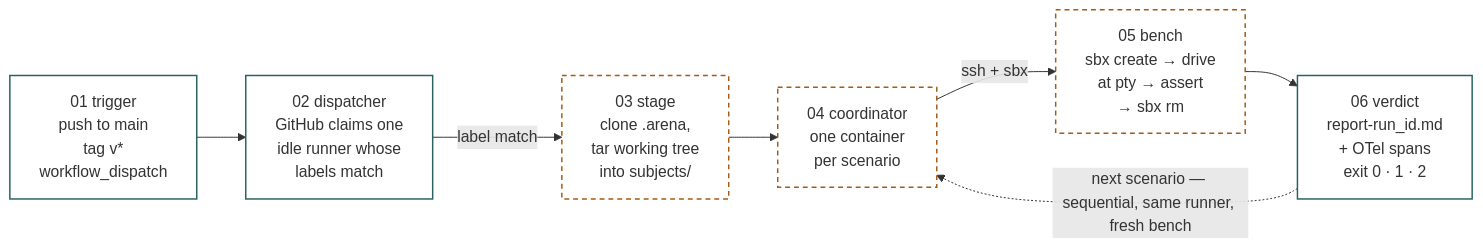
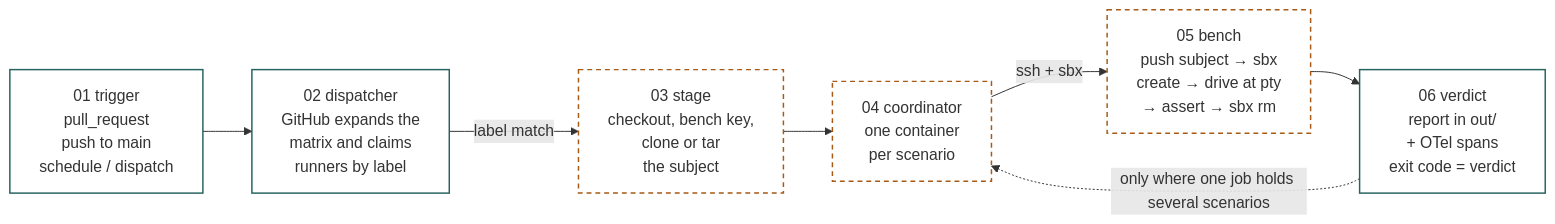
Before and after one commit to agent-realm/gentar: the third of 4 diagrams in docs/scope-map.md, drawn with Mermaid. The commit also changed other lines of this file and 1 other file, not shown here.

First line of the commit message:
docs: scope map — correct four claims found in review

````diff
--- a/docs/scope-map.md
+++ b/docs/scope-map.md
@@ -131,17 +161,17 @@
 ```mermaid
 flowchart LR
-  S1["01 trigger<br/>push to main<br/>tag v*<br/>workflow_dispatch"]
-  S2["02 dispatcher<br/>GitHub claims one<br/>idle runner whose<br/>labels match"]
-  S3["03 stage<br/>clone .arena,<br/>tar working tree<br/>into subjects/"]
+  S1["01 trigger<br/>pull_request<br/>push to main<br/>schedule / dispatch"]
+  S2["02 dispatcher<br/>GitHub expands the<br/>matrix and claims<br/>runners by label"]
+  S3["03 stage<br/>checkout, bench key,<br/>clone or tar<br/>the subject"]
   S4["04 coordinator<br/>one container<br/>per scenario"]
-  S5["05 bench<br/>sbx create → drive<br/>at pty → assert<br/>→ sbx rm"]
-  S6["06 verdict<br/>report-run_id.md<br/>+ OTel spans<br/>exit 0 · 1 · 2"]
+  S5["05 bench<br/>push subject → sbx<br/>create → drive at pty<br/>→ assert → sbx rm"]
+  S6["06 verdict<br/>report in out/<br/>+ OTel spans<br/>exit code = verdict"]
 
   S1 --> S2 -->|"label match"| S3 --> S4 -->|"ssh + sbx"| S5 --> S6
-  S6 -.->|"next scenario — sequential, same runner, fresh bench"| S4
+  S6 -.->|"only where one job holds several scenarios"| S4
 
   classDef eph fill:none,stroke:#A65A15,stroke-width:1.5px,stroke-dasharray:5 4;
   classDef dur fill:none,stroke:#26635F,stroke-width:1.5px;
   class S1,S2,S6 dur;
   class S3,S4,S5 eph;
 ```
````
